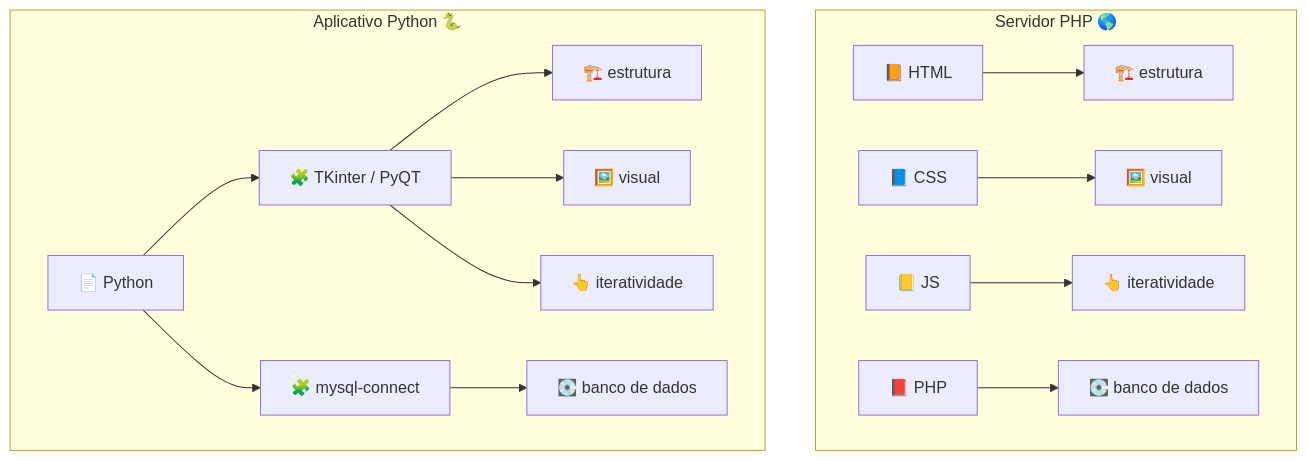
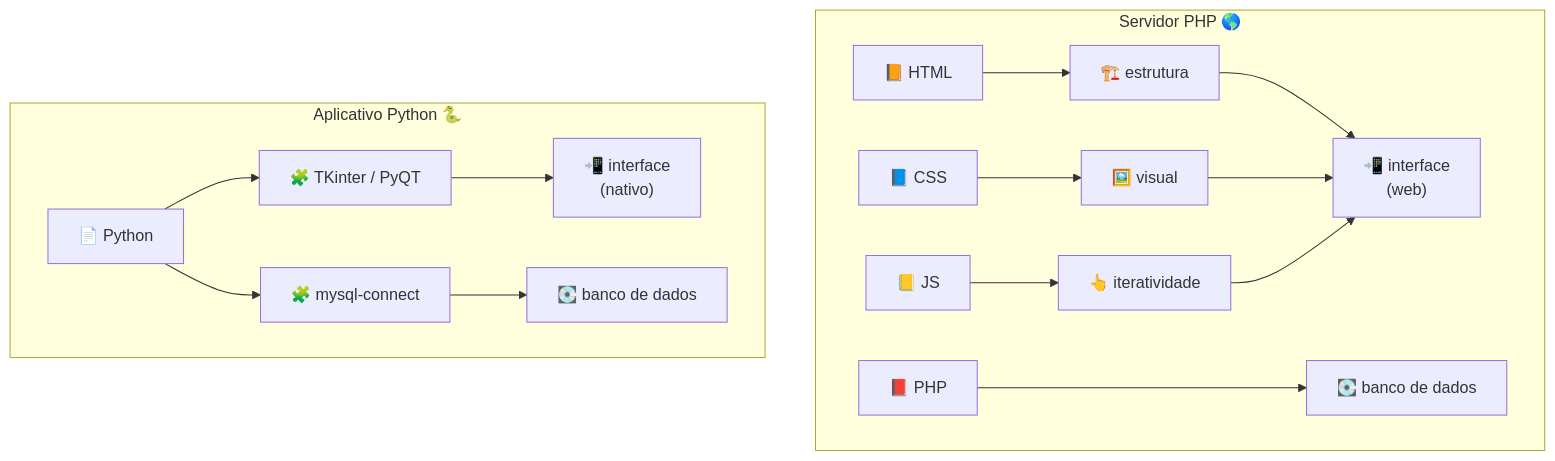
One commit to yxuo/learning changed the second of 2 diagrams in python/tutorials/mysql-connector/readme.md. Above: the diagram before and after it, drawn with Mermaid.

Commit message:
add 'interface' in graph: php vs python
before: html->struct, css->visual, js->ui. now: html/css/js->...->ui

````diff
--- a/python/tutorials/mysql-connector/readme.md
+++ b/python/tutorials/mysql-connector/readme.md
@@ -28,25 +28,27 @@
 ```mermaid
 flowchart
 subgraph Sphp["Servidor PHP 🌎"]
+    php_ui["📲 interface<br>(web)"]
     html["📙 HTML"] --> php_est["🏗️ estrutura"]
     css["📘 CSS"] --> php_visual["🖼️ visual"]
     js["📒 JS"] --> php_itera["👆 iteratividade"]
-    php["📕 PHP"] --> php_bd["💽 banco de dados"]
+    php_est --> php_ui
+    php_visual --> php_ui
+    php_itera --> php_ui
+    php["📕 PHP"] ---> php_bd["💽 banco de dados"]
 end
 subgraph Spy["Aplicativo Python 🐍"]
     %%br[ ]
     py["📄 Python"]
     %%subgraph Smodulo["Biblioteca 🧩"]
         tk["🧩 TKinter / PyQT"]
         mysql_conn["🧩 mysql-connect"]
     %%end
     py --> tk
-        tk --> py_est["🏗️ estrutura"]
-        tk --> py_visual["🖼️ visual"]
-        tk --> py_itera["👆 iteratividade"]
+        tk --> py_ui["📲 interface<br>(nativo)"]
     py --> mysql_conn["🧩 mysql-connect"] --> py_bd["💽 banco de dados"]
 end
 
 %%style br fill:transparent, stroke:transparent
 %%style Smodulo stroke-dashArray: 5,5, stroke:gray
 ```
````
